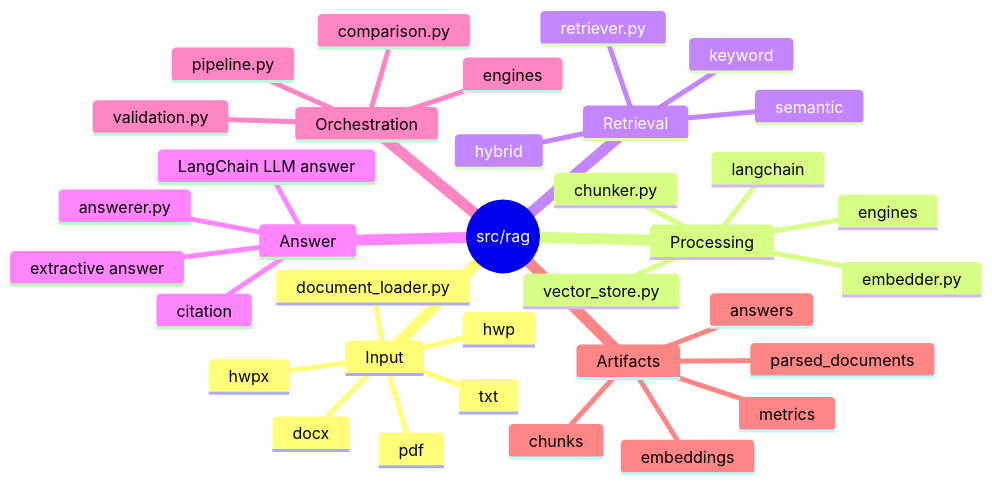
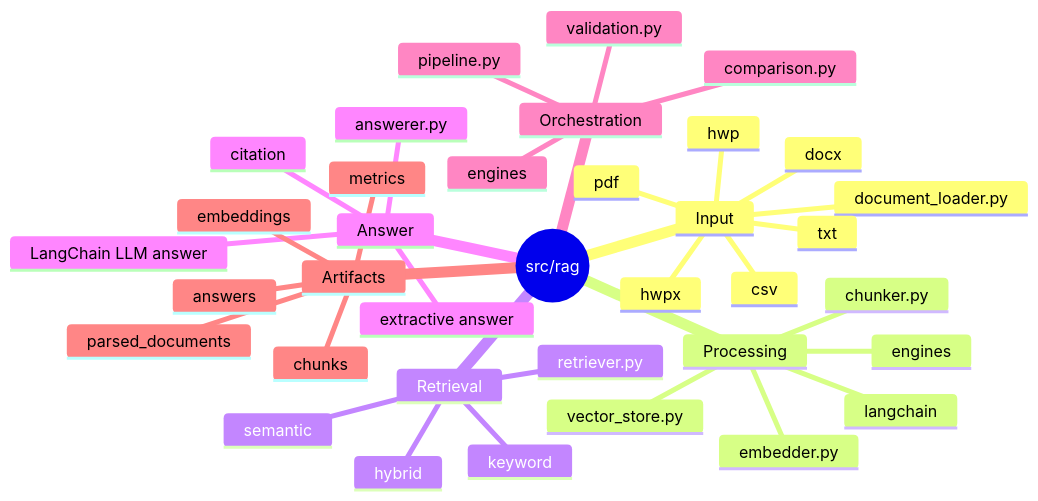
One commit to Codeit-Part3-6Team/Codeit-Part3-6Team-Project changed the diagram in src/rag/README.md. Above: the diagram before and after it, drawn with Mermaid. The commit also changed 5 other files, not shown here.

````diff
--- a/src/rag/README.md
+++ b/src/rag/README.md
@@ -8,38 +8,39 @@
 ```mermaid
 mindmap
   root((src/rag))
     Input
       document_loader.py
       txt
       pdf
       docx
       hwpx
       hwp
+      csv
     Processing
       engines
       langchain
       chunker.py
       embedder.py
       vector_store.py
     Retrieval
       retriever.py
       keyword
       semantic
       hybrid
     Answer
       answerer.py
       citation
       extractive answer
       LangChain LLM answer
     Orchestration
       engines
       pipeline.py
       validation.py
       comparison.py
     Artifacts
       parsed_documents
       chunks
       embeddings
       answers
       metrics
 ```
````
